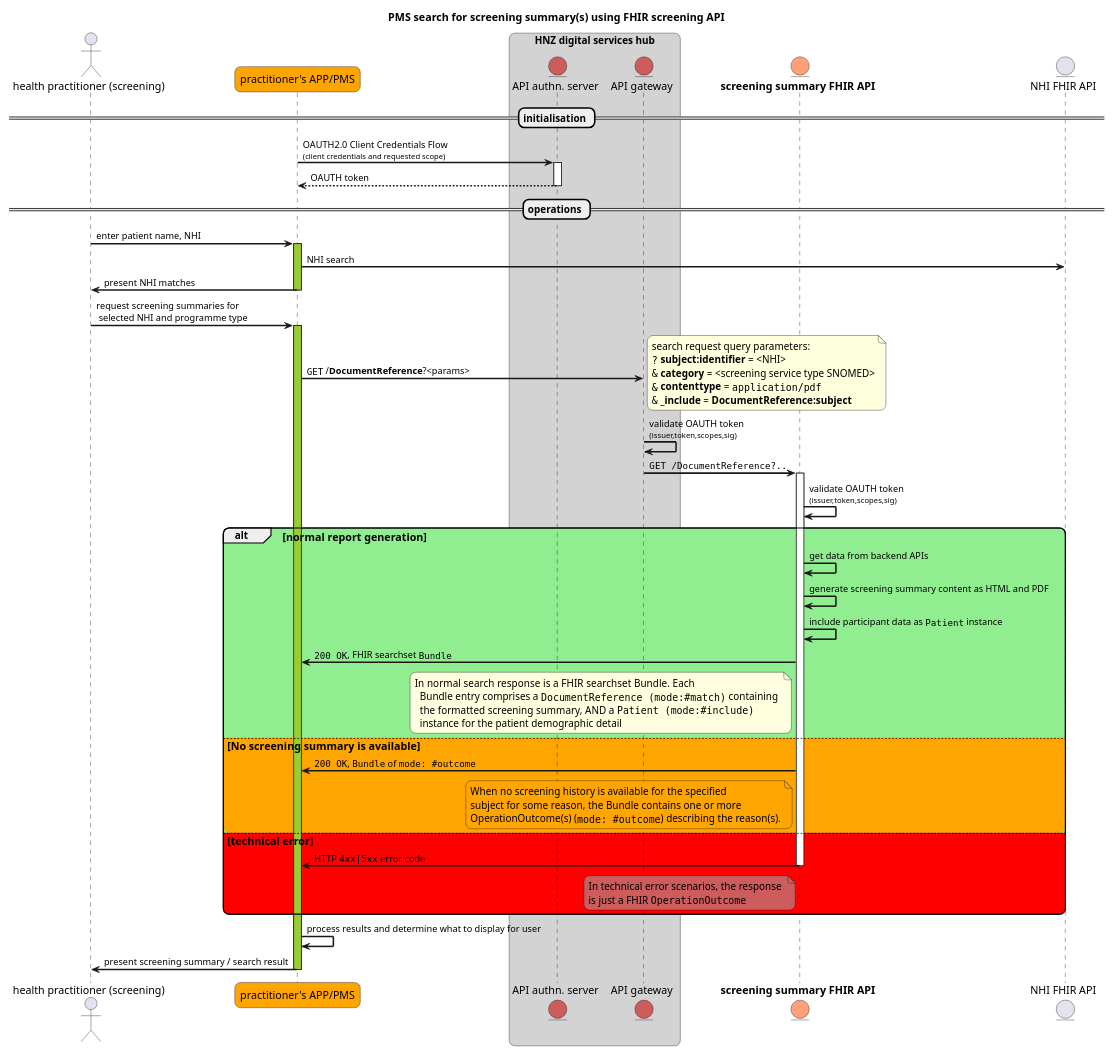
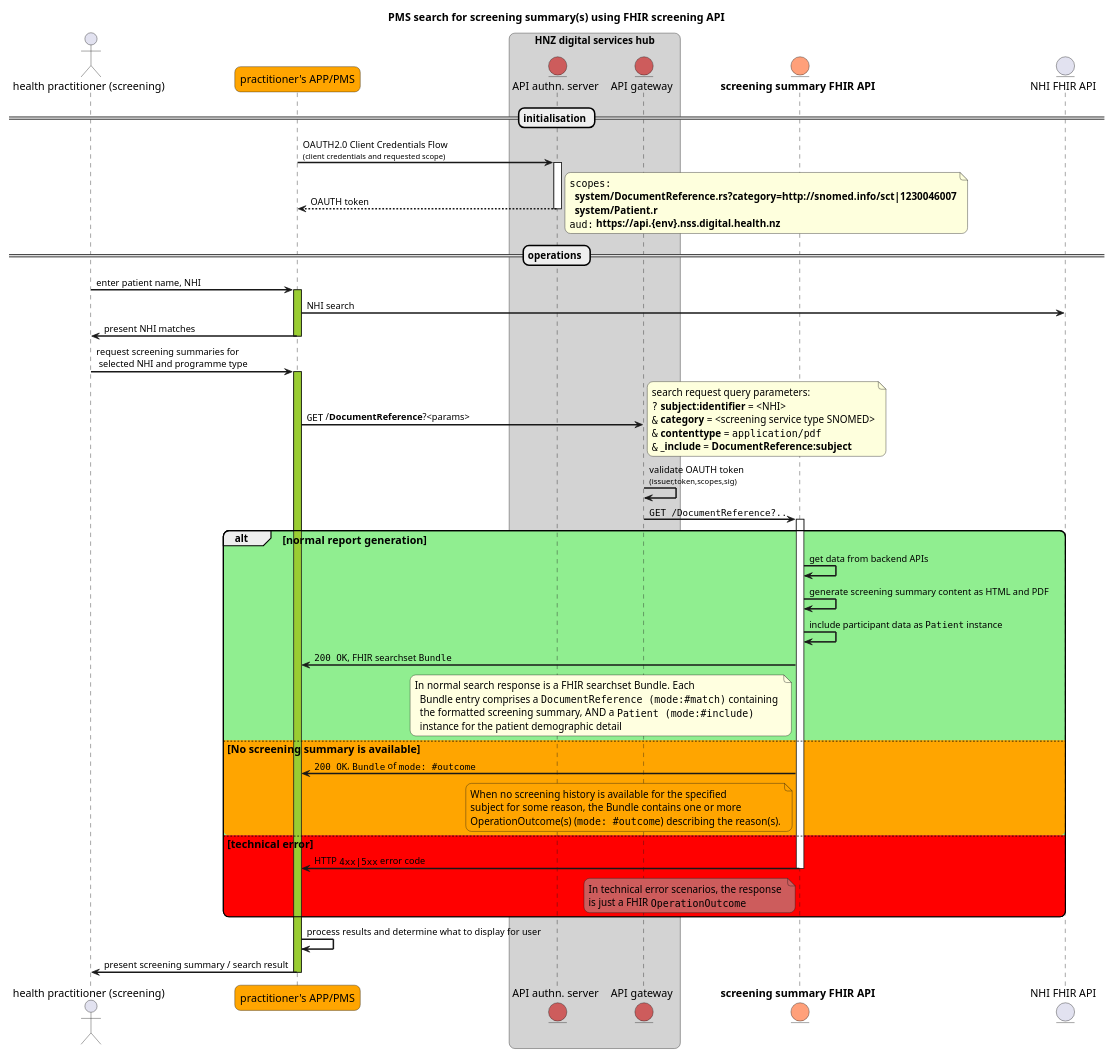
The diagram in input/images-source/seq-fhir-screening-API.plantuml (tewhatuora/fhir-screening), drawn with PlantUML before and after one commit. The commit also changed 1 other file, not shown here.

Commit message:
Updated sequence diagram to remove dupl. token check and OAUTH token info

```diff
--- a/input/images-source/seq-fhir-screening-API.plantuml
+++ b/input/images-source/seq-fhir-screening-API.plantuml
@@ -1,137 +1,143 @@
 @startuml seq-fhir-screening-API
 
 autonumber "<b> 00"
 
 skinparam ArrowFontSize 16
 skinparam BoxPadding 10
 skinparam dpi 400
 skinparam MaxMessageSize 350
 skinparam NoteFontSize 13
 skinparam ParticipantPadding 5
 skinparam responseMessageBelowArrow true
 skinparam roundcorner 15
 skinparam sequenceArrowThickness 2
 skinparam SequenceMessageAlignment left
 skinparam ArrowFontSize 12
 skinparam sequenceStyle uml2
 skinparam sequencegroupfontsize 14
 ' semi-transparent sequence groups!
 ' see https://sarafian.github.io/tips/2021/03/11/plantuml-tips-tricks-1.html#:~:text=responseMessageBelowArrow-,Semi,-transparent%20group%20backgrounds
 skinparam SequenceGroupBodyBackgroundColor #EEEEFF50
 
 
 scale max 400 width
 scale 300*500
 
 actor "health practitioner (screening)" as USER
 participant "practitioner's APP/PMS" as APIC #Orange
 
 box "HNZ digital services hub" #LightGrey
   entity "API authn. server" as ROSIE #IndianRed
   entity "API gateway" as APIG #IndianRed
 end box
 
 entity "**screening summary FHIR API**" as FHIR #LightSalmon
 entity "NHI FHIR API" as NHI
 
 autonumber stop
 
 title "PMS search for screening summary(s) using FHIR screening API"
 
 == initialisation ==
 
 APIC -> ROSIE++: OAUTH2.0 Client Credentials Flow\n<size:10>(client credentials and requested scope)</size>
 return OAUTH token
+note right
+  ""scopes:"" 
+    **system/DocumentReference.rs?category=http://snomed.info/sct|1230046007**
+    **system/Patient.r**
+  ""aud:"" **https://api.{env}.nss.digital.health.nz**
+end note
 
 == operations ==
 
 USER -> APIC++ #YellowGreen: enter patient name, NHI
 APIC -> NHI: NHI search
 APIC -> USER--: present NHI matches
 
 USER -> APIC++ #YellowGreen: request screening summaries for\n selected NHI and programme type 
 
 APIC -> APIG: ""GET"" /**DocumentReference**?<params>
 note right
   search request query parameters:
   ""?"" **subject:identifier** = <NHI>
   ""&"" **category** = <screening service type SNOMED>
   ""&"" **contenttype** = ""application/pdf""
   ""&"" **_include** = **DocumentReference:subject**
 end note
 APIG -> APIG: validate OAUTH token\n<size:10>(issuer,token,scopes,sig)</size>
 APIG -> FHIR++: ""GET /DocumentReference?..""
-FHIR -> FHIR: validate OAUTH token\n<size:10>(issuer,token,scopes,sig)</size>
+' FHIR -> FHIR: validate OAUTH token\n<size:10>(issuer,token,scopes,sig)</size>
 alt #LightGreen normal report generation
 FHIR -> FHIR: get data from backend APIs
 FHIR -> FHIR: generate screening summary content as HTML and PDF
 FHIR -> FHIR: include participant data as ""Patient"" instance
 FHIR -> APIC: ""200 OK"", FHIR searchset ""Bundle"" 
   note left of FHIR #LightYellow
     In normal search response is a FHIR searchset Bundle.  Each
       Bundle entry comprises a ""DocumentReference (mode:#match)"" containing 
       the formatted screening summary, AND a ""Patient (mode:#include)"" 
       instance for the patient demographic detail
   end note
 
 else #Orange No screening summary is available 
 FHIR -> APIC: ""200 OK"", ""Bundle"" of ""mode: #outcome""
   note left of FHIR #Orange
     When no screening history is available for the specified 
     subject for some reason, the Bundle contains one or more
     OperationOutcome(s) (""mode: #outcome"") describing the reason(s).
     end note
 else #Red technical error
   FHIR -> APIC--: HTTP ""4xx|5xx"" error code
   note left of FHIR #IndianRed
     In technical error scenarios, the response 
     is just a FHIR ""OperationOutcome""
   end note
 end
 
 APIC -> APIC: process results and determine what to display for user 
 
 APIC -> USER--: present screening summary / search result
 
 
 ' newpage PMS retrieve a specific version of a patient's screening history using FHIR screening API (2 of 2)
 
 ' actor "health practitioner (screening)" as USER
 ' participant "practitioner's APP/PMS" as APIC #Orange
 
 ' box "HNZ digital services hub" #LightGrey
 '   entity "API authn. server" as ROSIE #IndianRed
 '   entity "API gateway" as APIG #IndianRed
 ' end box
 
 ' entity "**screening summary FHIR API**" as FHIR #LightSalmon
 ' entity "NHI FHIR API" as NHI
 
 ' autonumber stop
 
 ' APIC -> ROSIE++: OAUTH2.0 Client Credentials Flow\n<size:10>(client credentials and requested scope)</size>
 ' return OAUTH token
 
 ' USER -> APIC++ #YellowGreen: request specific version of a patient\n cervical screening summary doc
 
 ' note right of APIC #LightYellow
 '   The app may request a DocumentReference instance by specific logical identifier 
 '   as returned by an earlier screening summary search interaction.
 ' end note
 
 ' APIC -> APIG: ""GET"" /**DocumentReference/{logical instance identifier}**
 ' APIG -> APIG: validate OAUTH token\n<size:10>(issuer,token,scopes,sig)</size>
 ' APIG -> FHIR++: ""GET /DocumentReference/..""
 ' FHIR -> FHIR: validate OAUTH token\n<size:10>(issuer,token,scopes,sig)</size>
 ' alt #LightGreen normal report generation
 ' FHIR -> FHIR: generate/retrieve screening summary
 ' FHIR -> APIC: ""200 OK"", one specific FHIR ""DocumentReference"" instance
 ' else #Orange instance doesn't exist
 ' FHIR -> APIC: ""404 NOT FOUND""
 ' else #Red technical error
 ' FHIR -> APIC: HTTP ""4xx|5xx"" error code, FHIR ""OperationOutcome""
 ' end
 
 ' APIC -> USER: present screening summary / search result
 
 @enduml
```
